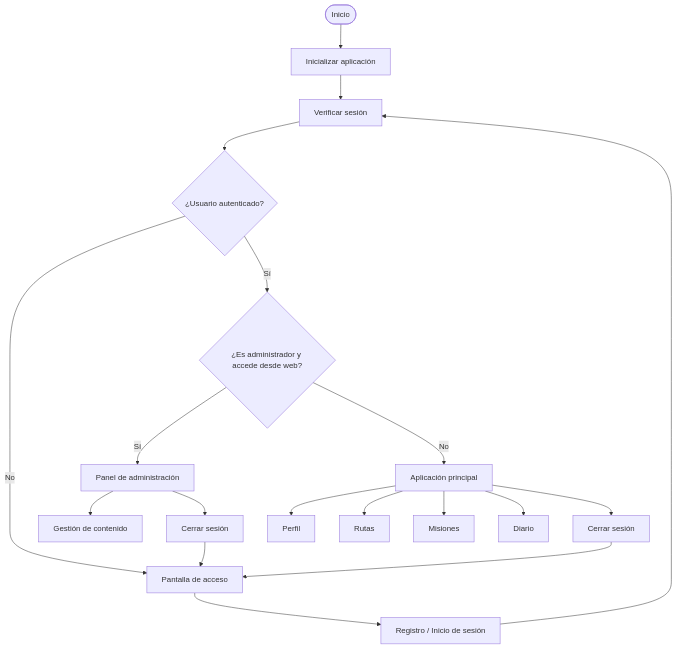
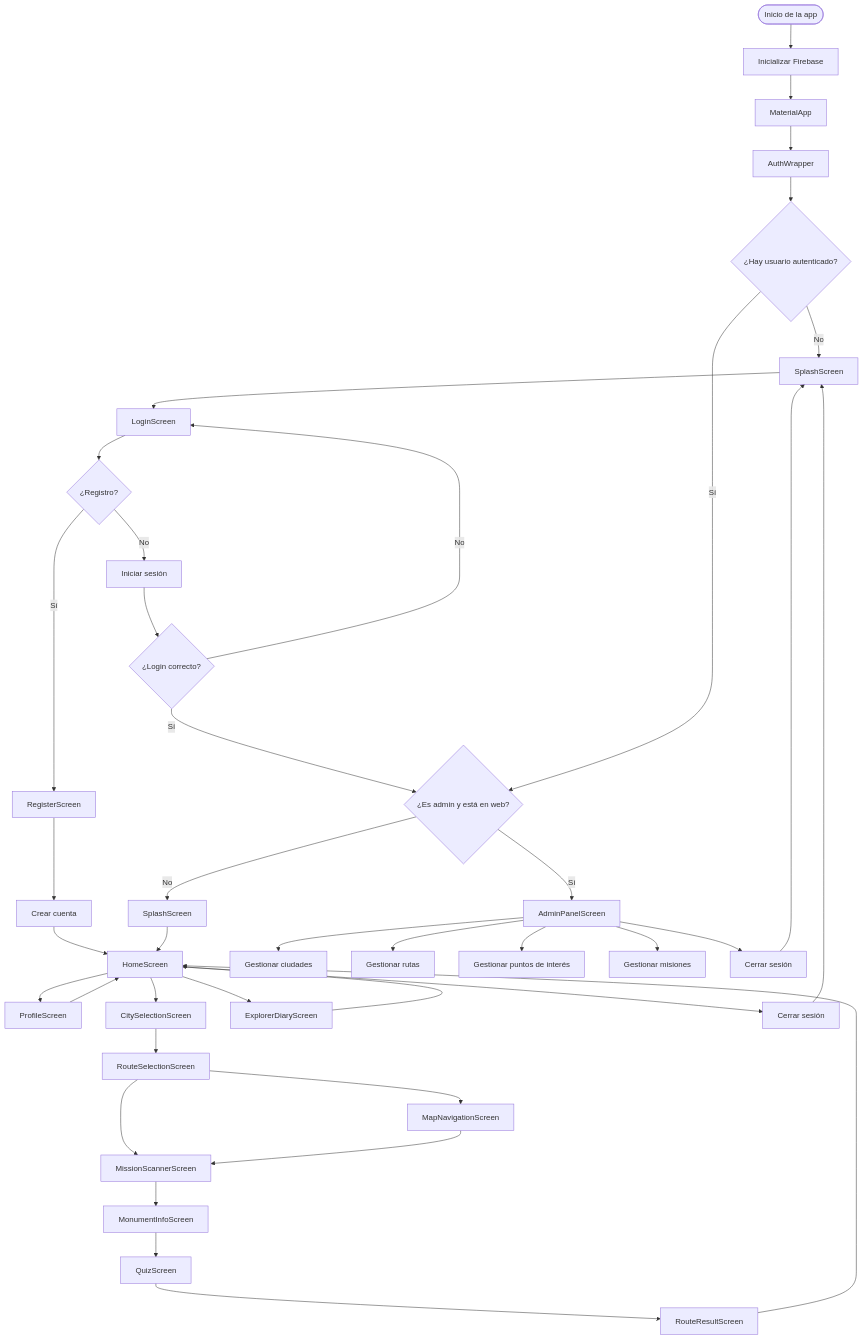
Before and after one commit to TurisTechTeam-Dev/rutexgo-assets: the fourth of 4 diagrams in diagrama.md, drawn with Mermaid.

Commit message:
Update flowchart in diagrama.md for app flow

````diff
--- a/diagrama.md
+++ b/diagrama.md
@@ -212,25 +212,51 @@
 ```mermaid
 flowchart TD
-    A([Inicio]) --> B[Inicializar aplicación]
-    B --> C[Verificar sesión]
-    C --> D{¿Usuario autenticado?}
+    A([Inicio de la app]) --> B[Inicializar Firebase]
+    B --> C[MaterialApp]
+    C --> D[AuthWrapper]
 
-    D -- No --> E[Pantalla de acceso]
-    E --> F[Registro / Inicio de sesión]
-    F --> C
+    D --> E{¿Hay usuario autenticado?}
 
-    D -- Sí --> G{¿Es administrador y accede desde web?}
-    G -- Sí --> H[Panel de administración]
-    G -- No --> I[Aplicación principal]
+    E -- No --> F[SplashScreen]
+    F --> G[LoginScreen]
+    G --> H{¿Registro?}
+    H -- Sí --> I[RegisterScreen]
+    I --> J[Crear cuenta]
+    J --> K[HomeScreen]
+    H -- No --> L[Iniciar sesión]
+    L --> M{¿Login correcto?}
+    M -- No --> G
+    M -- Sí --> N{¿Es admin y está en web?}
 
-    I --> J[Perfil]
-    I --> K[Rutas]
-    I --> L[Misiones]
-    I --> M[Diario]
-    I --> N[Cerrar sesión]
-    N --> E
+    E -- Sí --> N
 
-    H --> O[Gestión de contenido]
-    H --> P[Cerrar sesión]
-    P --> E
+    N -- Sí --> O[AdminPanelScreen]
+    O --> P[Gestionar ciudades]
+    O --> Q[Gestionar rutas]
+    O --> R[Gestionar puntos de interés]
+    O --> S[Gestionar misiones]
+    O --> T[Cerrar sesión]
+    T --> F
+
+    N -- No --> U[SplashScreen]
+    U --> K[HomeScreen]
+
+    K --> V[ProfileScreen]
+    K --> W[CitySelectionScreen]
+    K --> X[ExplorerDiaryScreen]
+    K --> Y[Cerrar sesión]
+
+    V --> K
+    W --> Z[RouteSelectionScreen]
+    Z --> AA[MapNavigationScreen]
+    Z --> AB[MissionScannerScreen]
+
+    AB --> AC[MonumentInfoScreen]
+    AC --> AD[QuizScreen]
+    AD --> AE[RouteResultScreen]
+    AE --> K
+
+    AA --> AB
+    X --> K
+    Y --> F
 ```
````
